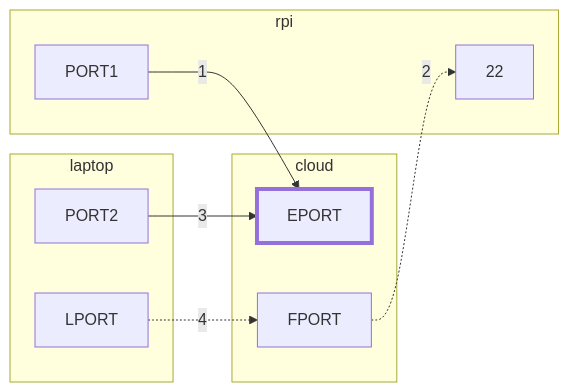
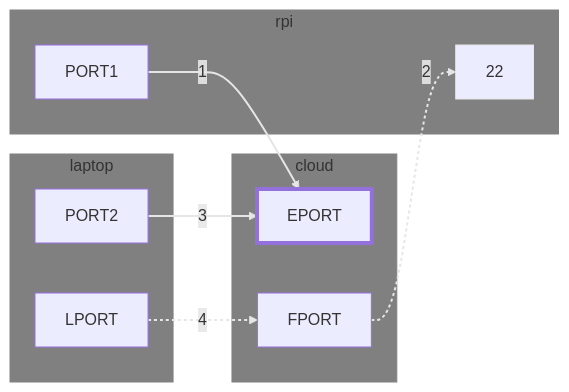
One commit to zbo14/zbo14.github.io changed the diagram in _posts/2019-08-23-SSHing-over-a-tunnel-to-a-reverse-tunnel.md. Above: the diagram before and after it, drawn with Mermaid. The commit also changed other lines of this file and 2 other files, not shown here.

Commit message:
update resume, make diagrams look better

```diff
--- a/_posts/2019-08-23-SSHing-over-a-tunnel-to-a-reverse-tunnel.md
+++ b/_posts/2019-08-23-SSHing-over-a-tunnel-to-a-reverse-tunnel.md
@@ -16,16 +16,23 @@
 <div class="mermaid">
   graph LR
     subgraph cloud
     FPORT
     EPORT
-    style EPORT stroke-width:4px
     end
     subgraph rpi
     PORT1-->|1|EPORT
     FPORT-. 2 .-> 22
     end
     subgraph laptop
     PORT2-->|3|EPORT
     LPORT-. 4 .-> FPORT
+    style cloud fill:gray,stroke:gray
+    style rpi fill:gray,stroke:gray
+    style laptop fill:gray,stroke:gray
+    style EPORT stroke-width:4px
+    style 22 stroke:#e6e6e6
+    linkStyle default stroke-width:2px,fill:none,stroke:#e6e6e6
+    linkStyle 1 stroke-width:2px,fill:none,stroke:#e6e6e6,stroke-dasharray:3
+    linkStyle 3 stroke-width:2px,fill:none,stroke:#e6e6e6,stroke-dasharray:3
     end
 </div>
```
